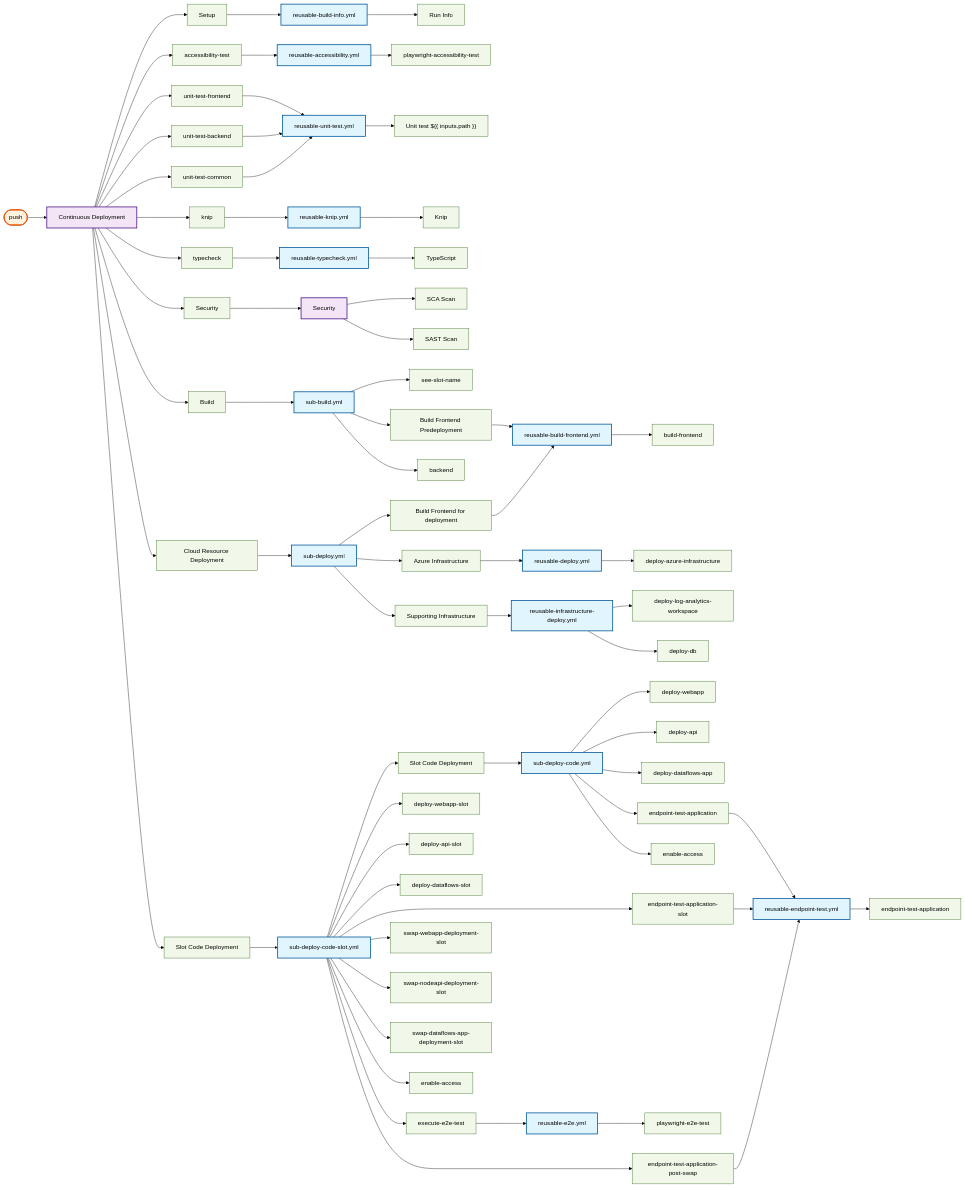
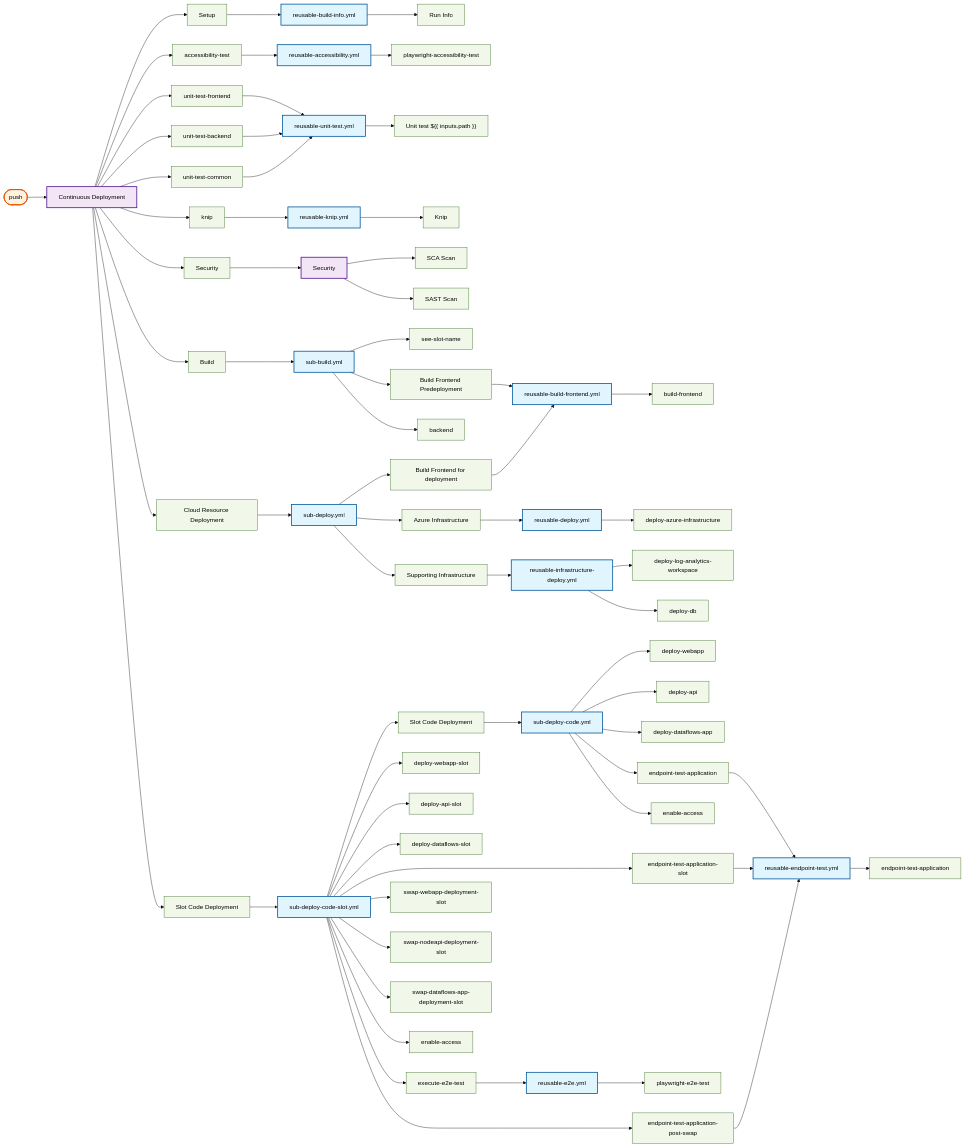
One commit to US-Trustee-Program/Bankruptcy-Oversight-Support-Systems changed the seventh of 25 diagrams in docs/operations/workflow-diagram.md. Above: the diagram before and after it, drawn with Mermaid (base theme). The commit also changed other lines of this file and 21 other files, not shown here.

```diff
--- a/docs/operations/workflow-diagram.md
+++ b/docs/operations/workflow-diagram.md
@@ -270,9 +121,6 @@
     continuous_deployment_yml_knip["knip"]
     reusable_knip_yml["reusable-knip.yml"]
     reusable_knip_yml_knip["Knip"]
-    continuous_deployment_yml_typecheck["typecheck"]
-    reusable_typecheck_yml["reusable-typecheck.yml"]
-    reusable_typecheck_yml_typecheck["TypeScript"]
     continuous_deployment_yml_security_scan["Security"]
     sub_security_scan_yml["Security"]
     sub_security_scan_yml_sca_scan["SCA Scan"]
@@ -335,9 +183,6 @@
     continuous_deployment_yml --> continuous_deployment_yml_knip
     reusable_knip_yml --> reusable_knip_yml_knip
     continuous_deployment_yml_knip --> reusable_knip_yml
-    continuous_deployment_yml --> continuous_deployment_yml_typecheck
-    reusable_typecheck_yml --> reusable_typecheck_yml_typecheck
-    continuous_deployment_yml_typecheck --> reusable_typecheck_yml
     continuous_deployment_yml --> continuous_deployment_yml_security_scan
     sub_security_scan_yml --> sub_security_scan_yml_sca_scan
     sub_security_scan_yml --> sub_security_scan_yml_sast_scan
@@ -407,9 +252,6 @@
     class continuous_deployment_yml_knip job
     class reusable_knip_yml reusable
     class reusable_knip_yml_knip job
-    class continuous_deployment_yml_typecheck job
-    class reusable_typecheck_yml reusable
-    class reusable_typecheck_yml_typecheck job
     class continuous_deployment_yml_security_scan job
     class sub_security_scan_yml mainWorkflow
     class sub_security_scan_yml_sca_scan job
```
